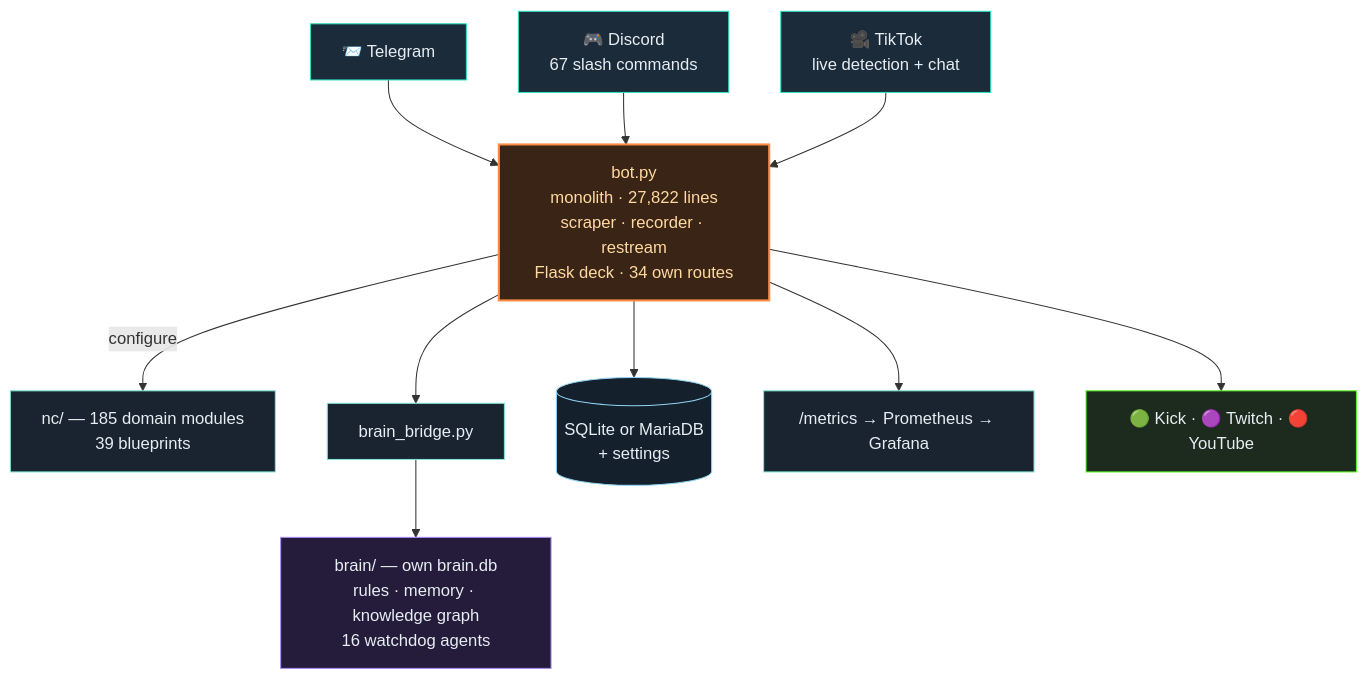
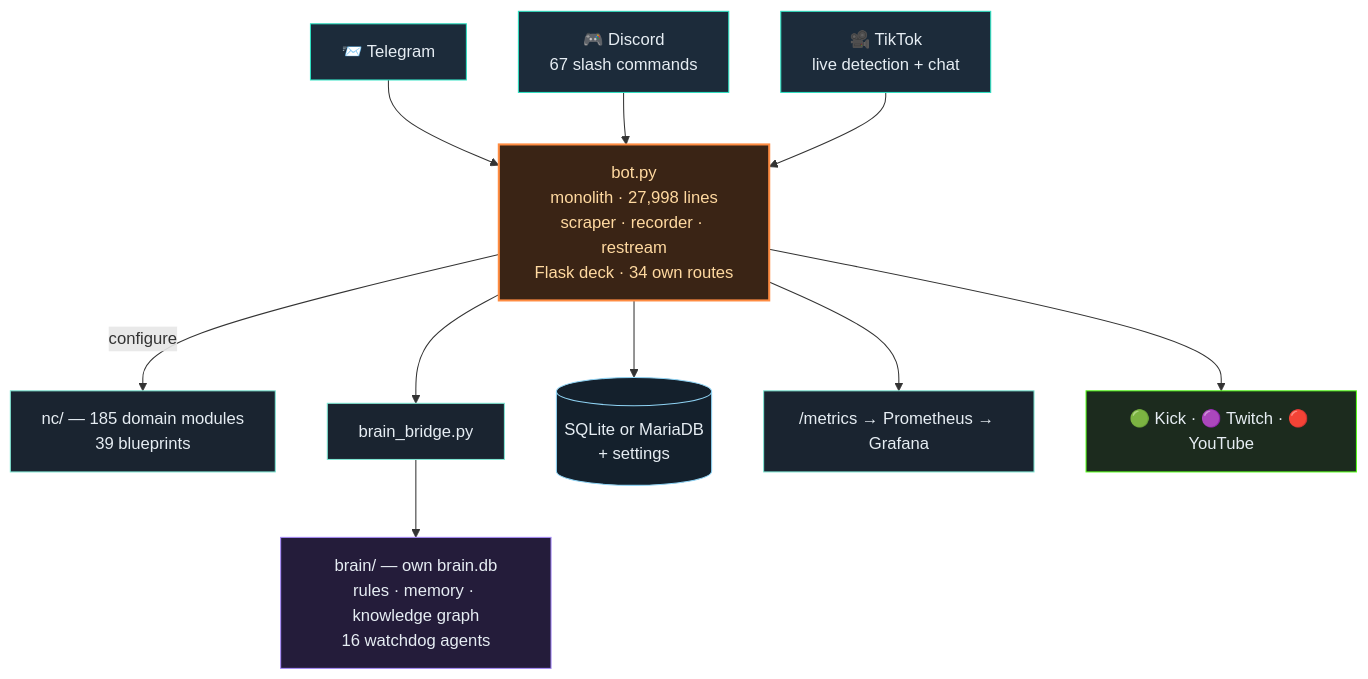
One commit to itsamemedev/Telegram-Stream-Info-Bot changed the second of 3 diagrams in README.en.md. Above: the diagram before and after it, drawn with Mermaid. The commit also changed other lines of this file and 11 other files, not shown here.

````diff
--- a/README.en.md
+++ b/README.en.md
@@ -119,19 +119,19 @@
 ```mermaid
 flowchart TB
     TG["📨 Telegram"]:::ein --> BOT
     DC["🎮 Discord<br/>67 slash commands"]:::ein --> BOT
     TT["🎥 TikTok<br/>live detection + chat"]:::ein --> BOT
-    BOT["bot.py<br/>monolith · 27,822 lines<br/>scraper · recorder · restream<br/>Flask deck · 34 own routes"]:::core
+    BOT["bot.py<br/>monolith · 27,998 lines<br/>scraper · recorder · restream<br/>Flask deck · 34 own routes"]:::core
     BOT -->|configure| NC["nc/ — 185 domain modules<br/>39 blueprints"]:::lib
     BOT --> BR["brain_bridge.py"]:::lib
     BR --> BRAIN["brain/ — own brain.db<br/>rules · memory · knowledge graph<br/>16 watchdog agents"]:::brain
     BOT --> DB[("SQLite or MariaDB<br/>+ settings")]:::db
     BOT --> PROM["/metrics → Prometheus → Grafana"]:::lib
     BOT --> OUT["🟢 Kick · 🟣 Twitch · 🔴 YouTube"]:::out
     classDef ein fill:#1c2b3a,stroke:#2de1c2,color:#e6edf3
     classDef core fill:#3a2415,stroke:#ff8c42,stroke-width:2px,color:#ffd9a0
     classDef lib fill:#1a2430,stroke:#7fe7d4,color:#e6edf3
     classDef brain fill:#241c3a,stroke:#a78bfa,color:#e6edf3
     classDef db fill:#14202c,stroke:#8fd3f4,color:#e6edf3
     classDef out fill:#1c2b1e,stroke:#53fc18,color:#e6edf3
 ```
````
